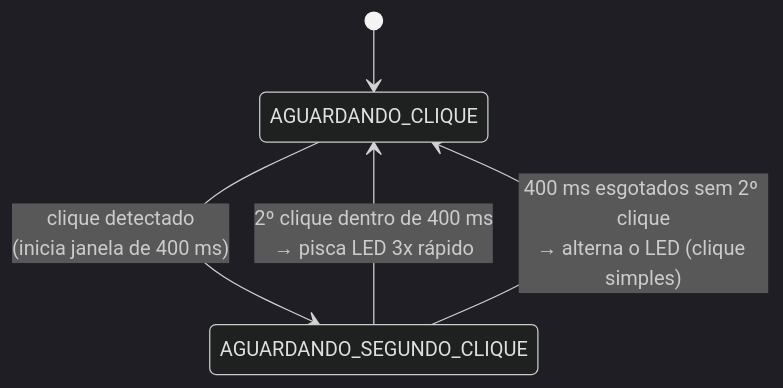
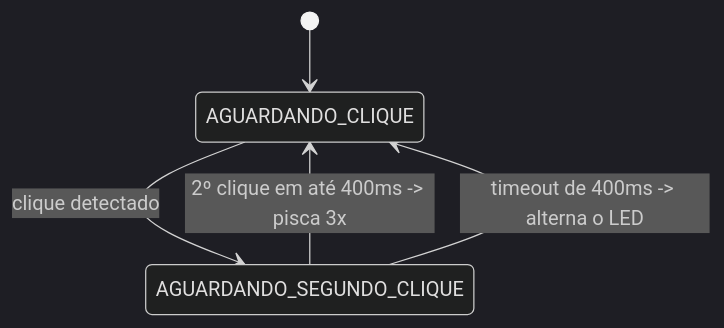
The diagram in semana-03/lab-03.md (fabiobento/sis-emb-2026-2), drawn with Mermaid (dark theme) before and after one commit.

Commit message:
Update from https://github.com/fabiobento/sis-emb-2026-2-privado/commit/c8037cf0ed98d8b5cd6d03fecdf8280363d655dc

````diff
--- a/semana-03/lab-03.md
+++ b/semana-03/lab-03.md
@@ -438,9 +438,8 @@
 ```mermaid
 stateDiagram-v2
     [*] --> AGUARDANDO_CLIQUE
 
-    AGUARDANDO_CLIQUE --> AGUARDANDO_SEGUNDO_CLIQUE: clique detectado<br/>(inicia janela de 400 ms)
-
-    AGUARDANDO_SEGUNDO_CLIQUE --> AGUARDANDO_CLIQUE: 2º clique dentro de 400 ms<br/>→ pisca LED 3x rápido
-    AGUARDANDO_SEGUNDO_CLIQUE --> AGUARDANDO_CLIQUE: 400 ms esgotados sem 2º clique<br/>→ alterna o LED (clique simples)
+    AGUARDANDO_CLIQUE --> AGUARDANDO_SEGUNDO_CLIQUE: clique detectado
+    AGUARDANDO_SEGUNDO_CLIQUE --> AGUARDANDO_CLIQUE: 2º clique em até 400ms -> pisca 3x
+    AGUARDANDO_SEGUNDO_CLIQUE --> AGUARDANDO_CLIQUE: timeout de 400ms -> alterna o LED
 ```
````
